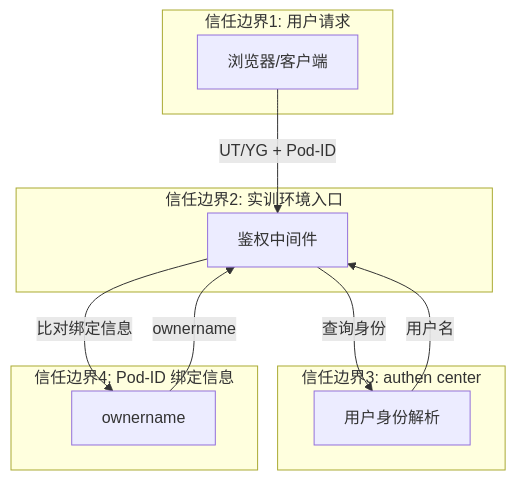
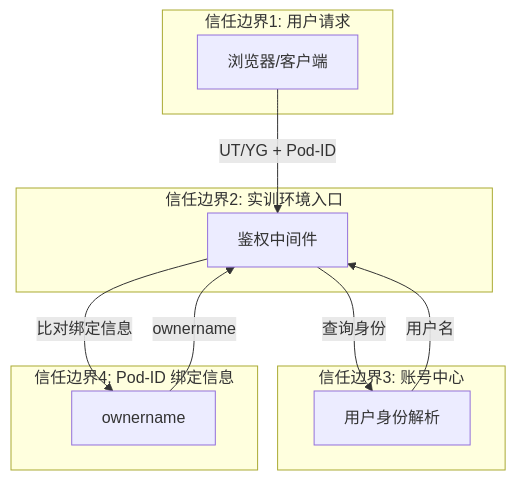
One commit to GeorgeCao-hw/backlog-test changed the third of 3 diagrams in opensourceways/backlog/issue_docs/151/Architecture Desgin/#151 Architecture Design Specification.md. Above: the diagram before and after it, drawn with Mermaid. The commit also changed other lines of this file and 1 other file, not shown here.

````diff
--- a/opensourceways/backlog/issue_docs/151/Architecture Desgin/#151 Architecture Design Specification.md
+++ b/opensourceways/backlog/issue_docs/151/Architecture Desgin/#151 Architecture Design Specification.md
@@ -115,20 +115,20 @@
 ```mermaid
 flowchart TB
     subgraph T1[信任边界1: 用户请求]
         U[浏览器/客户端]
     end
     subgraph T2[信任边界2: 实训环境入口]
         G[鉴权中间件]
     end
-    subgraph T3[信任边界3: authen center]
+    subgraph T3[信任边界3: 账号中心]
         C[用户身份解析]
     end
     subgraph T4[信任边界4: Pod-ID 绑定信息]
         P[ownername]
     end
     U -->|UT/YG + Pod-ID| G
     G -->|查询身份| C
     C -->|用户名| G
     G -->|比对绑定信息| P
     P -->|ownername| G
 ```
````
